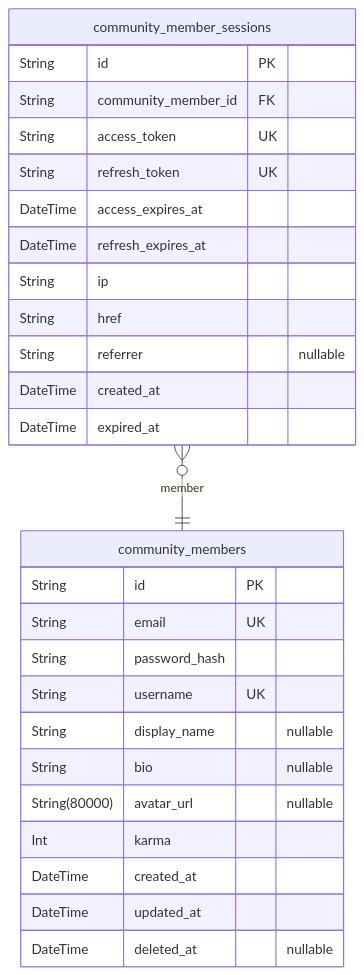
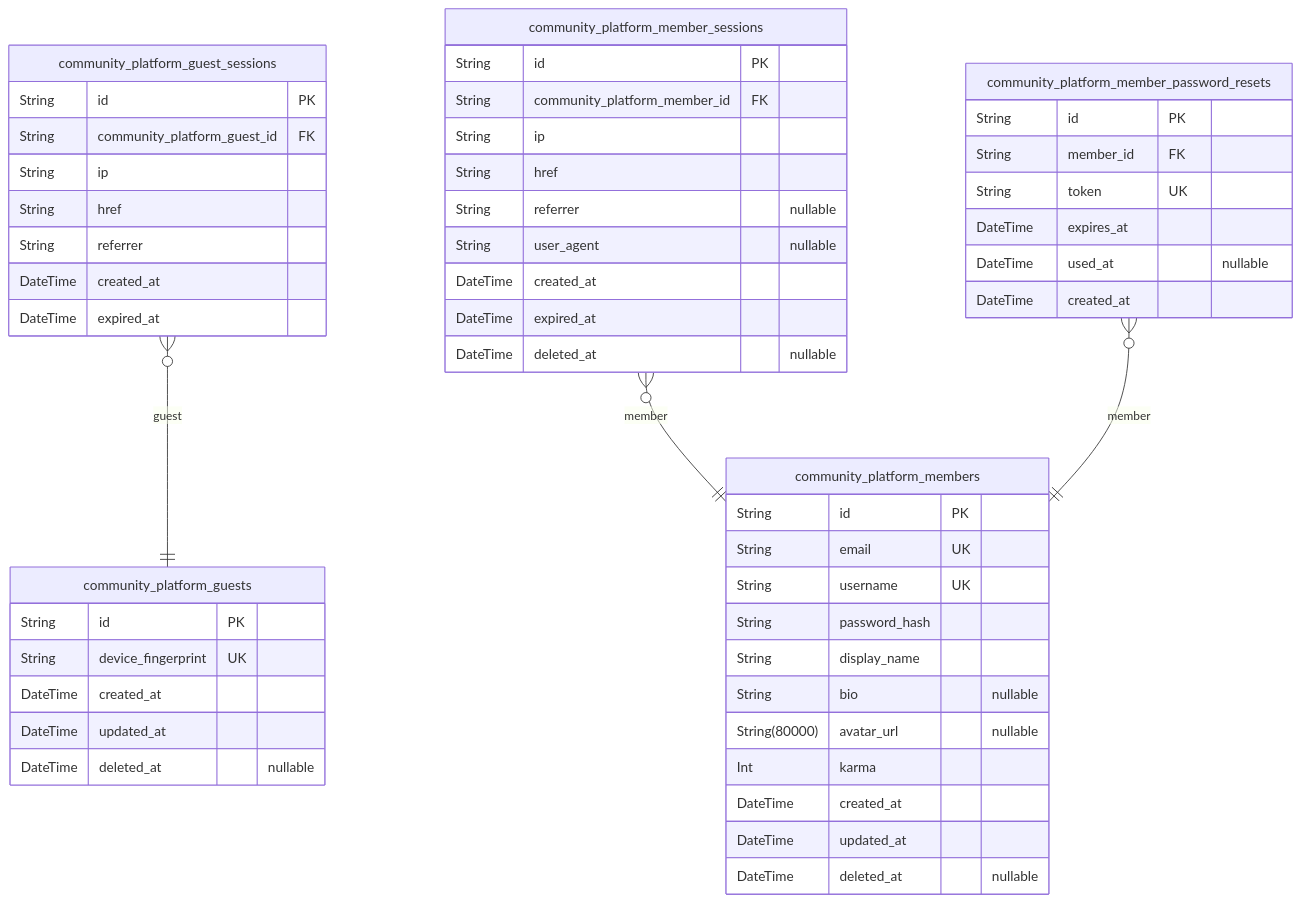
The first of 8 diagrams in z-ai/glm-5/reddit/docs/ERD.md (wrtnlabs/autobe-examples), drawn with Mermaid before and after one commit. The commit also changed other lines of this file and 17098 other files, not shown here.

````diff
--- a/z-ai/glm-5/reddit/docs/ERD.md
+++ b/z-ai/glm-5/reddit/docs/ERD.md
@@ -15,30 +16,54 @@
 ```mermaid
 erDiagram
-"community_members" {
+"community_platform_guests" {
+  String id PK
+  String device_fingerprint UK
+  DateTime created_at
+  DateTime updated_at
+  DateTime deleted_at "nullable"
+}
+"community_platform_guest_sessions" {
+  String id PK
+  String community_platform_guest_id FK
+  String ip
+  String href
+  String referrer
+  DateTime created_at
+  DateTime expired_at
+}
+"community_platform_members" {
   String id PK
   String email UK
+  String username UK
   String password_hash
-  String username UK
-  String display_name "nullable"
+  String display_name
   String bio "nullable"
   String(80000) avatar_url "nullable"
   Int karma
   DateTime created_at
   DateTime updated_at
   DateTime deleted_at "nullable"
 }
-"community_member_sessions" {
+"community_platform_member_sessions" {
   String id PK
-  String community_member_id FK
-  String access_token UK
-  String refresh_token UK
-  DateTime access_expires_at
-  DateTime refresh_expires_at
+  String community_platform_member_id FK
   String ip
   String href
   String referrer "nullable"
+  String user_agent "nullable"
   DateTime created_at
   DateTime expired_at
+  DateTime deleted_at "nullable"
 }
-"community_member_sessions" }o--|| "community_members" : member
+"community_platform_member_password_resets" {
+  String id PK
+  String member_id FK
+  String token UK
+  DateTime expires_at
+  DateTime used_at "nullable"
+  DateTime created_at
+}
+"community_platform_guest_sessions" }o--|| "community_platform_guests" : guest
+"community_platform_member_sessions" }o--|| "community_platform_members" : member
+"community_platform_member_password_resets" }o--|| "community_platform_members" : member
 ```
````
